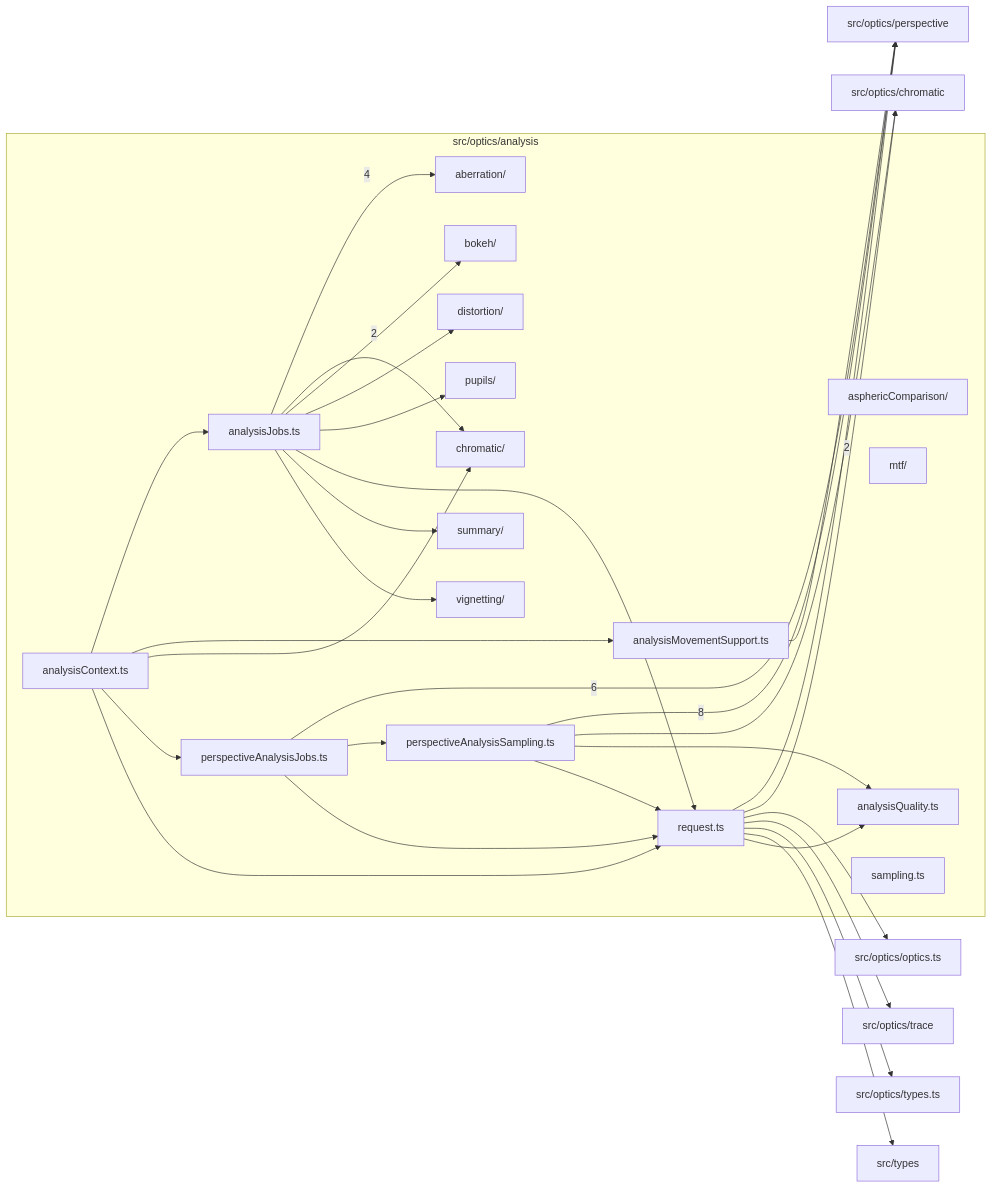
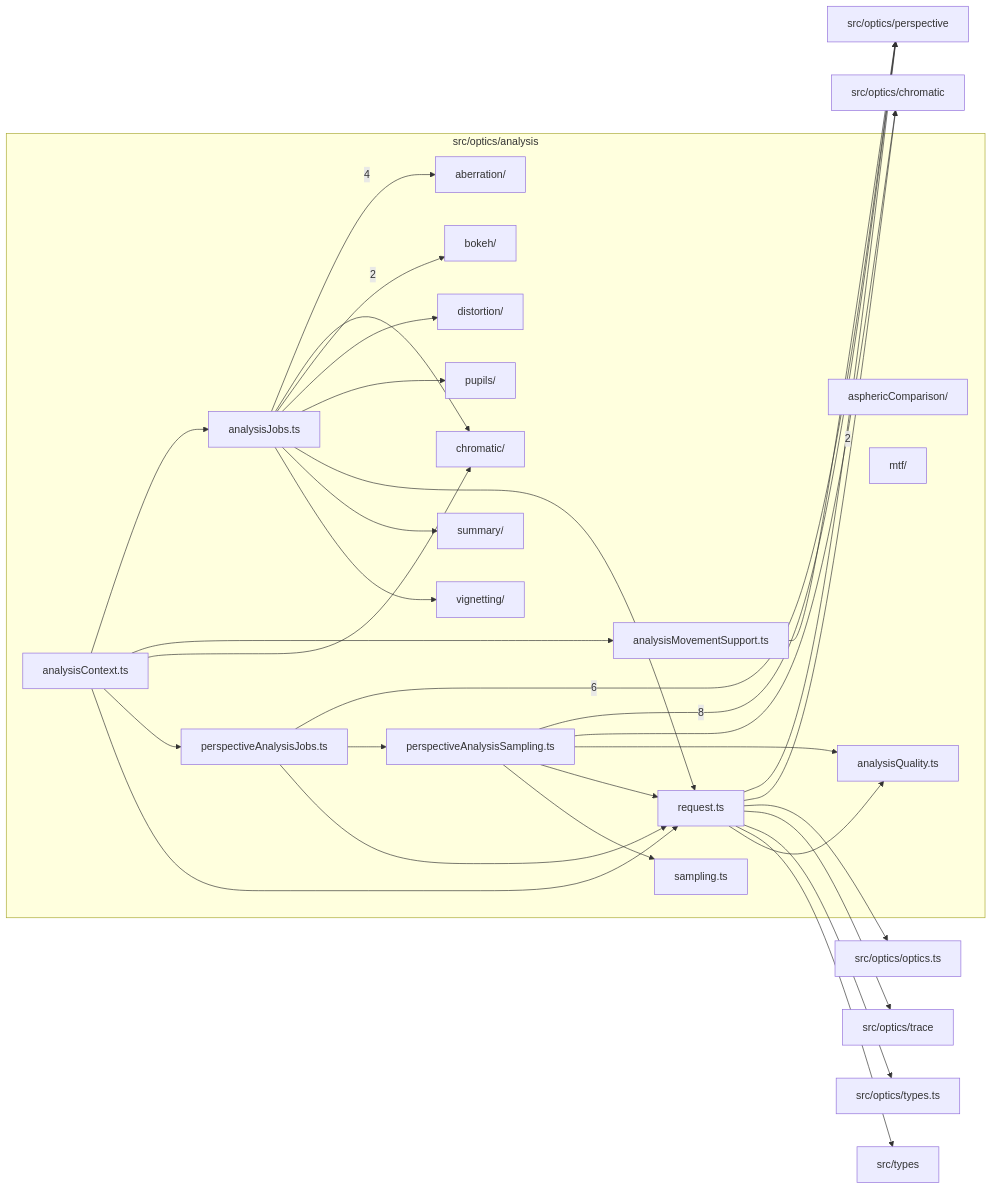
One commit to ronbuening/LensVisualizer changed the diagram in src/optics/analysis/readme.md. Above: the diagram before and after it, drawn with Mermaid. The commit also changed other lines of this file and 34 other files, not shown here.

````diff
--- a/src/optics/analysis/readme.md
+++ b/src/optics/analysis/readme.md
@@ -9,56 +9,57 @@
 ```mermaid
 flowchart LR
   subgraph n_src_optics_analysis["src/optics/analysis"]
     n_src_optics_analysis_src_optics_analysis_aberration["aberration/"]
     n_src_optics_analysis_src_optics_analysis_asphericComparison["asphericComparison/"]
     n_src_optics_analysis_src_optics_analysis_bokeh["bokeh/"]
     n_src_optics_analysis_src_optics_analysis_chromatic["chromatic/"]
     n_src_optics_analysis_src_optics_analysis_distortion["distortion/"]
     n_src_optics_analysis_src_optics_analysis_mtf["mtf/"]
     n_src_optics_analysis_src_optics_analysis_pupils["pupils/"]
     n_src_optics_analysis_src_optics_analysis_summary["summary/"]
     n_src_optics_analysis_src_optics_analysis_vignetting["vignetting/"]
     n_src_optics_analysis_src_optics_analysis_analysisContext_ts["analysisContext.ts"]
     n_src_optics_analysis_src_optics_analysis_analysisJobs_ts["analysisJobs.ts"]
     n_src_optics_analysis_src_optics_analysis_analysisMovementSupport_ts["analysisMovementSupport.ts"]
     n_src_optics_analysis_src_optics_analysis_analysisQuality_ts["analysisQuality.ts"]
     n_src_optics_analysis_src_optics_analysis_perspectiveAnalysisJobs_ts["perspectiveAnalysisJobs.ts"]
     n_src_optics_analysis_src_optics_analysis_perspectiveAnalysisSampling_ts["perspectiveAnalysisSampling.ts"]
     n_src_optics_analysis_src_optics_analysis_request_ts["request.ts"]
     n_src_optics_analysis_src_optics_analysis_sampling_ts["sampling.ts"]
   end
   n_external_src_optics_perspective["src/optics/perspective"]
   n_external_src_optics_chromatic["src/optics/chromatic"]
   n_external_src_optics_optics_ts["src/optics/optics.ts"]
   n_external_src_optics_trace["src/optics/trace"]
   n_external_src_optics_types_ts["src/optics/types.ts"]
   n_external_src_types["src/types"]
   n_src_optics_analysis_src_optics_analysis_perspectiveAnalysisSampling_ts --> |8| n_external_src_optics_perspective
   n_src_optics_analysis_src_optics_analysis_perspectiveAnalysisJobs_ts --> |6| n_external_src_optics_perspective
   n_src_optics_analysis_src_optics_analysis_analysisJobs_ts --> |4| n_src_optics_analysis_src_optics_analysis_aberration
   n_src_optics_analysis_src_optics_analysis_request_ts --> |2| n_external_src_optics_perspective
   n_src_optics_analysis_src_optics_analysis_analysisJobs_ts --> |2| n_src_optics_analysis_src_optics_analysis_chromatic
   n_src_optics_analysis_src_optics_analysis_perspectiveAnalysisSampling_ts --> n_external_src_optics_chromatic
   n_src_optics_analysis_src_optics_analysis_request_ts --> n_external_src_optics_chromatic
   n_src_optics_analysis_src_optics_analysis_request_ts --> n_external_src_optics_optics_ts
   n_src_optics_analysis_src_optics_analysis_analysisMovementSupport_ts --> n_external_src_optics_perspective
   n_src_optics_analysis_src_optics_analysis_request_ts --> n_external_src_optics_trace
   n_src_optics_analysis_src_optics_analysis_request_ts --> n_external_src_optics_types_ts
   n_src_optics_analysis_src_optics_analysis_request_ts --> n_external_src_types
   n_src_optics_analysis_src_optics_analysis_analysisContext_ts --> n_src_optics_analysis_src_optics_analysis_analysisJobs_ts
   n_src_optics_analysis_src_optics_analysis_analysisContext_ts --> n_src_optics_analysis_src_optics_analysis_analysisMovementSupport_ts
   n_src_optics_analysis_src_optics_analysis_perspectiveAnalysisSampling_ts --> n_src_optics_analysis_src_optics_analysis_analysisQuality_ts
   n_src_optics_analysis_src_optics_analysis_request_ts --> n_src_optics_analysis_src_optics_analysis_analysisQuality_ts
   n_src_optics_analysis_src_optics_analysis_analysisJobs_ts --> n_src_optics_analysis_src_optics_analysis_bokeh
   n_src_optics_analysis_src_optics_analysis_analysisContext_ts --> n_src_optics_analysis_src_optics_analysis_chromatic
   n_src_optics_analysis_src_optics_analysis_analysisJobs_ts --> n_src_optics_analysis_src_optics_analysis_distortion
   n_src_optics_analysis_src_optics_analysis_analysisContext_ts --> n_src_optics_analysis_src_optics_analysis_perspectiveAnalysisJobs_ts
   n_src_optics_analysis_src_optics_analysis_perspectiveAnalysisJobs_ts --> n_src_optics_analysis_src_optics_analysis_perspectiveAnalysisSampling_ts
   n_src_optics_analysis_src_optics_analysis_analysisJobs_ts --> n_src_optics_analysis_src_optics_analysis_pupils
   n_src_optics_analysis_src_optics_analysis_analysisContext_ts --> n_src_optics_analysis_src_optics_analysis_request_ts
   n_src_optics_analysis_src_optics_analysis_analysisJobs_ts --> n_src_optics_analysis_src_optics_analysis_request_ts
   n_src_optics_analysis_src_optics_analysis_perspectiveAnalysisJobs_ts --> n_src_optics_analysis_src_optics_analysis_request_ts
   n_src_optics_analysis_src_optics_analysis_perspectiveAnalysisSampling_ts --> n_src_optics_analysis_src_optics_analysis_request_ts
+  n_src_optics_analysis_src_optics_analysis_perspectiveAnalysisSampling_ts --> n_src_optics_analysis_src_optics_analysis_sampling_ts
   n_src_optics_analysis_src_optics_analysis_analysisJobs_ts --> n_src_optics_analysis_src_optics_analysis_summary
   n_src_optics_analysis_src_optics_analysis_analysisJobs_ts --> n_src_optics_analysis_src_optics_analysis_vignetting
 ```
````
